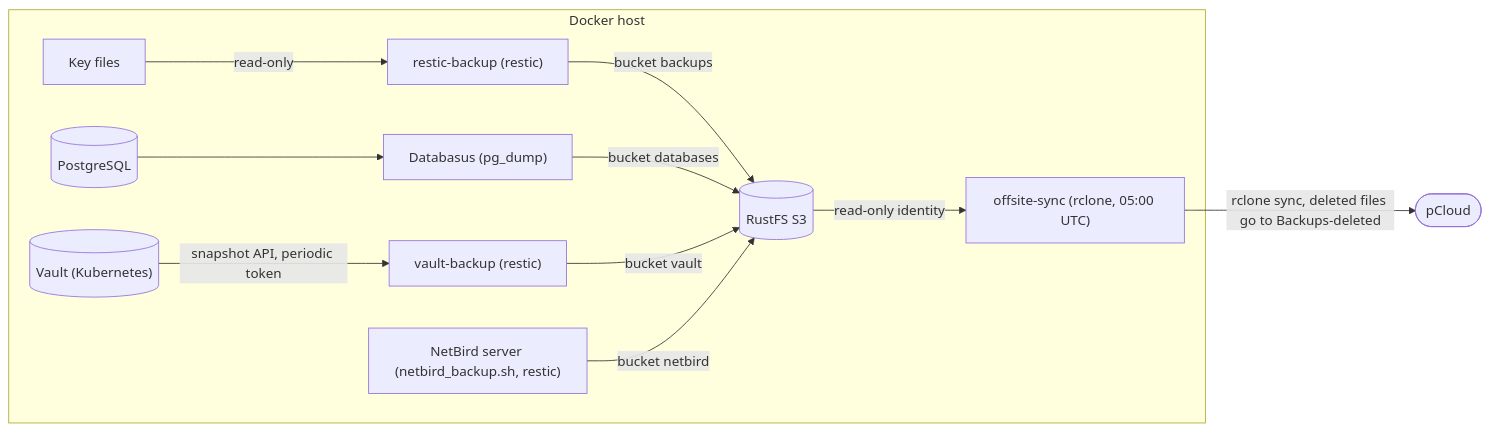
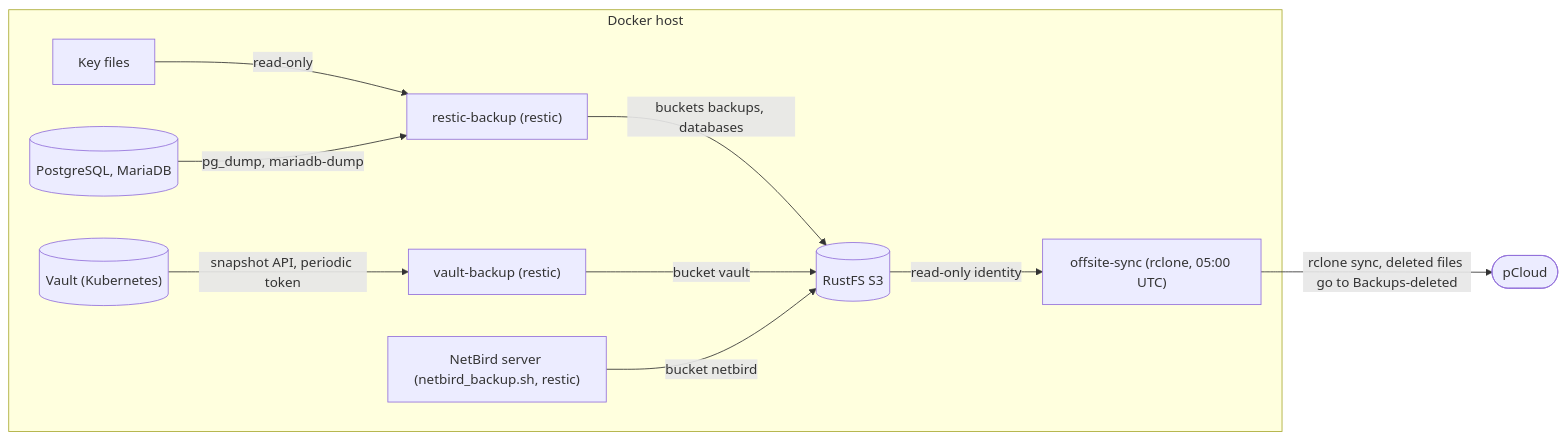
One commit to ToXiCCuss/gitops changed the diagram in README.md. Above: the diagram before and after it, drawn with Mermaid. The commit also changed other lines of this file and 17 other files, not shown here.

First line of the commit message:
feat(backup): replace Databasus with SQL dumps in restic-backup

````diff
--- a/README.md
+++ b/README.md
@@ -427,15 +427,14 @@
 ```mermaid
 flowchart LR
   vault[("Vault (Kubernetes)")]
   subgraph host["Docker host"]
     vault -->|"snapshot API, periodic token"| vaultbackup["vault-backup (restic)"]
     keys["Key files"] -->|read-only| resticbackup["restic-backup (restic)"]
-    pg[("PostgreSQL")] --> databasus["Databasus (pg_dump)"]
-    resticbackup -->|bucket backups| s3[("RustFS S3")]
-    databasus -->|bucket databases| s3
+    pg[("PostgreSQL, MariaDB")] -->|"pg_dump, mariadb-dump"| resticbackup
+    resticbackup -->|"buckets backups, databases"| s3[("RustFS S3")]
     vaultbackup -->|bucket vault| s3
     netbird["NetBird server (netbird_backup.sh, restic)"] -->|bucket netbird| s3
     s3 -->|read-only identity| sync["offsite-sync (rclone, 05:00 UTC)"]
   end
   sync -->|"rclone sync, deleted files go to Backups-deleted"| pcloud(["pCloud"])
 ```
````
